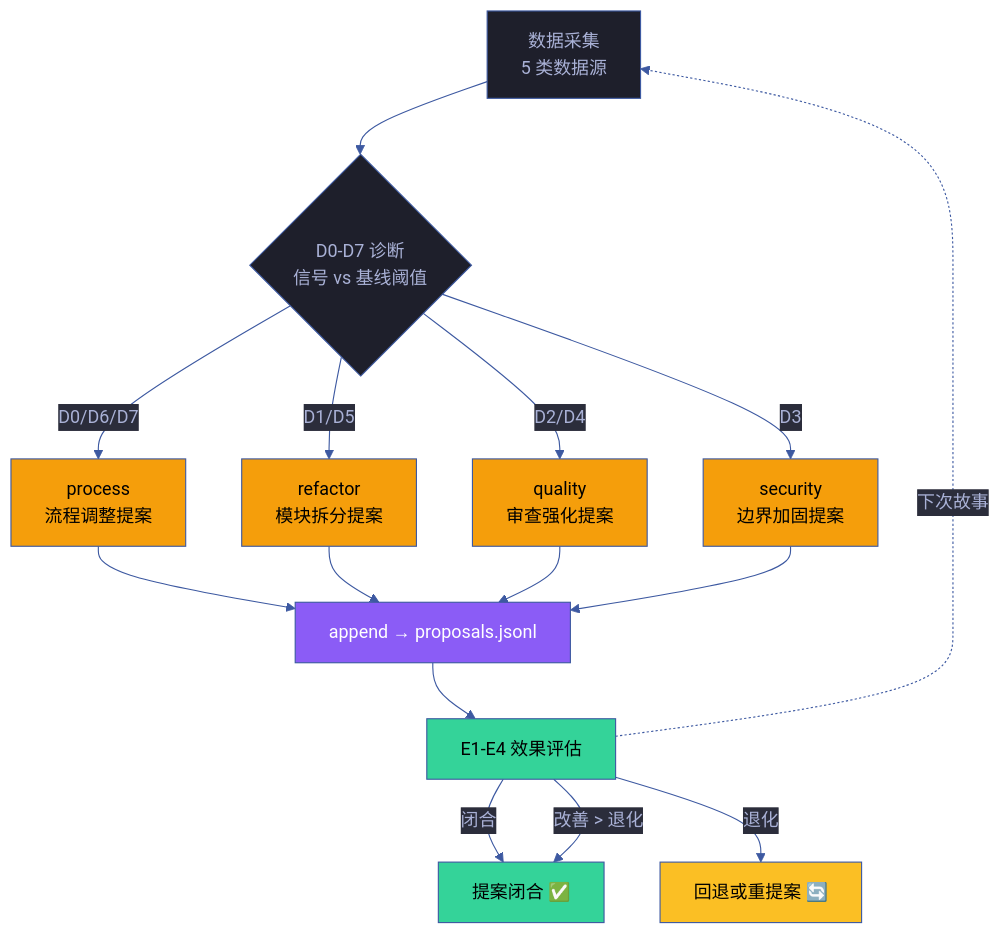
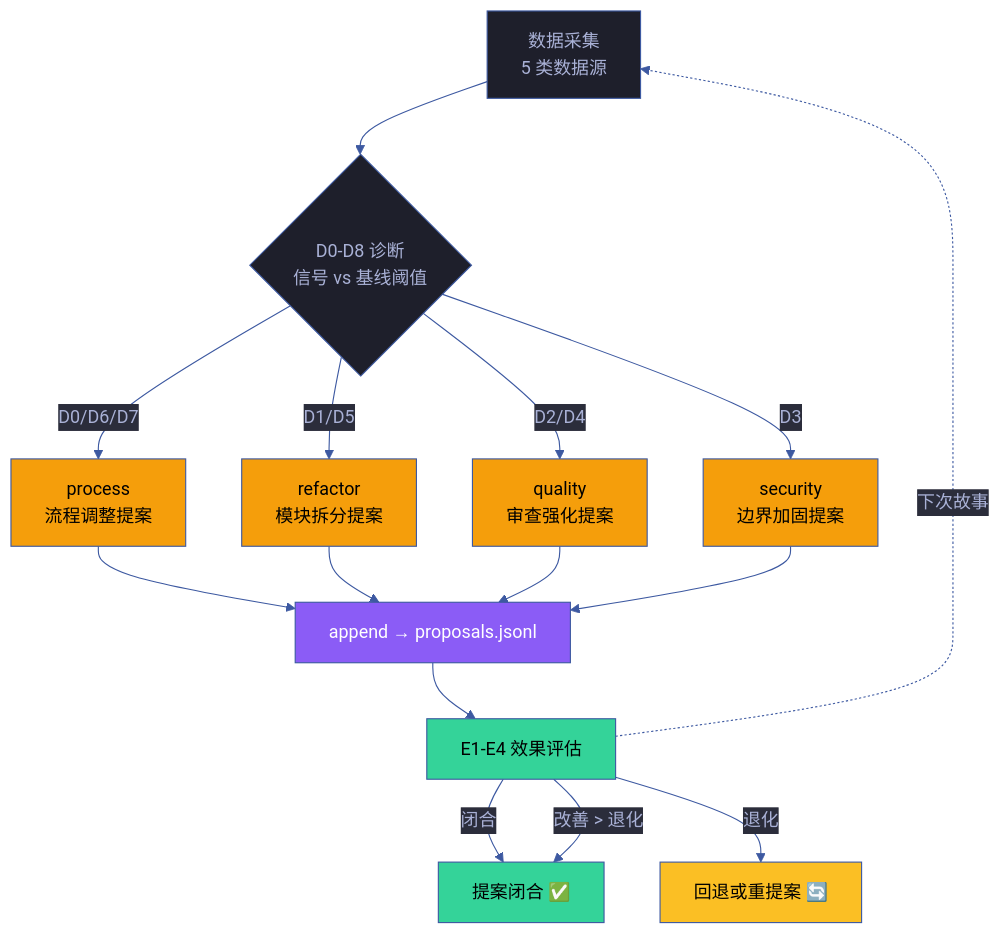
One commit to effiy/YrY changed the third of 7 diagrams in cdn/yry-selfimprove-panel/scenes/故事任务.md. Above: the diagram before and after it, drawn with Mermaid. The commit also changed other lines of this file and 1028 other files, not shown here.

````diff
--- a/cdn/yry-selfimprove-panel/scenes/故事任务.md
+++ b/cdn/yry-selfimprove-panel/scenes/故事任务.md
@@ -182,29 +183,29 @@
 ```mermaid
 %%{init: {'theme': 'base', 'themeVariables': {
   'primaryColor': '#1e1f2b',
   'primaryTextColor': '#a9b1d6',
   'primaryBorderColor': '#3d59a1',
   'lineColor': '#3d59a1',
   'secondaryColor': '#2b2d3b',
   'tertiaryColor': '#21232f'
 }}}%%
 flowchart TD
-    DATA["数据采集<br/>5 类数据源"]:::src --> DIAG{"D0-D7 诊断<br/>信号 vs 基线阈值"}
+    DATA["数据采集<br/>5 类数据源"]:::src --> DIAG{"D0-D8 诊断<br/>信号 vs 基线阈值"}
     DIAG -->|"D0/D6/D7"| PROC["process<br/>流程调整提案"]:::prop
     DIAG -->|"D1/D5"| REF["refactor<br/>模块拆分提案"]:::prop
     DIAG -->|"D2/D4"| QLT["quality<br/>审查强化提案"]:::prop
     DIAG -->|"D3"| SEC["security<br/>边界加固提案"]:::prop
     PROC & REF & QLT & SEC --> APPEND["append → proposals.jsonl"]:::out
     APPEND --> EVAL["E1-E4 效果评估"]:::eval
     EVAL -->|"闭合"| CLOSE["提案闭合 ✅"]:::good
     EVAL -->|"退化"| ROLL["回退或重提案 🔄"]:::warn
     EVAL -->|"改善 > 退化"| CLOSE
     EVAL -.->|"下次故事"| DATA
 
     classDef src fill:#1e1f2b,stroke:#3d59a1,color:#a9b1d6
     classDef prop fill:#f59e0b,color:#000
     classDef out fill:#8B5CF6,color:#fff
     classDef eval fill:#34d399,color:#000
     classDef good fill:#34d399,color:#000
     classDef warn fill:#fbbf24,color:#000
 ```
````
